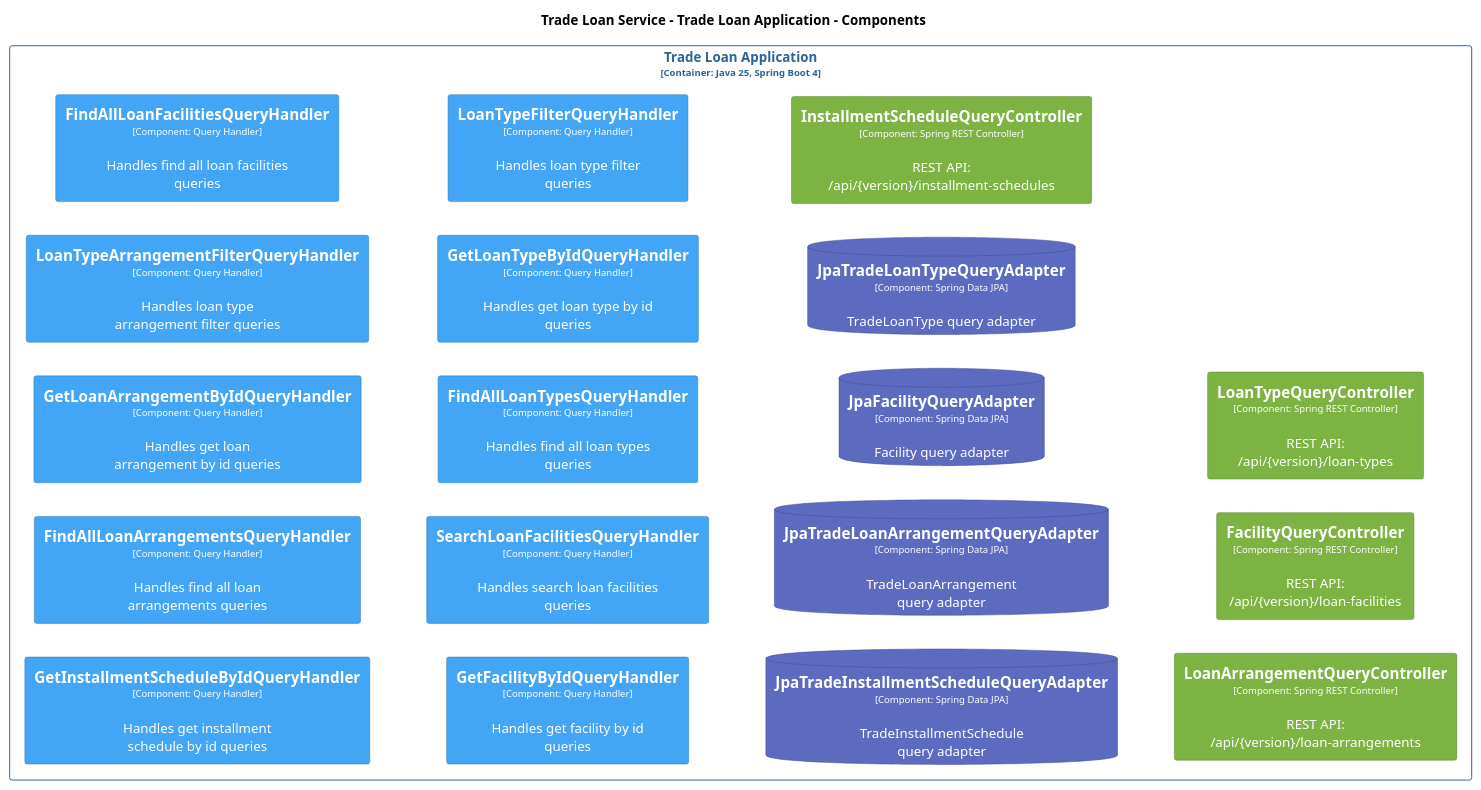
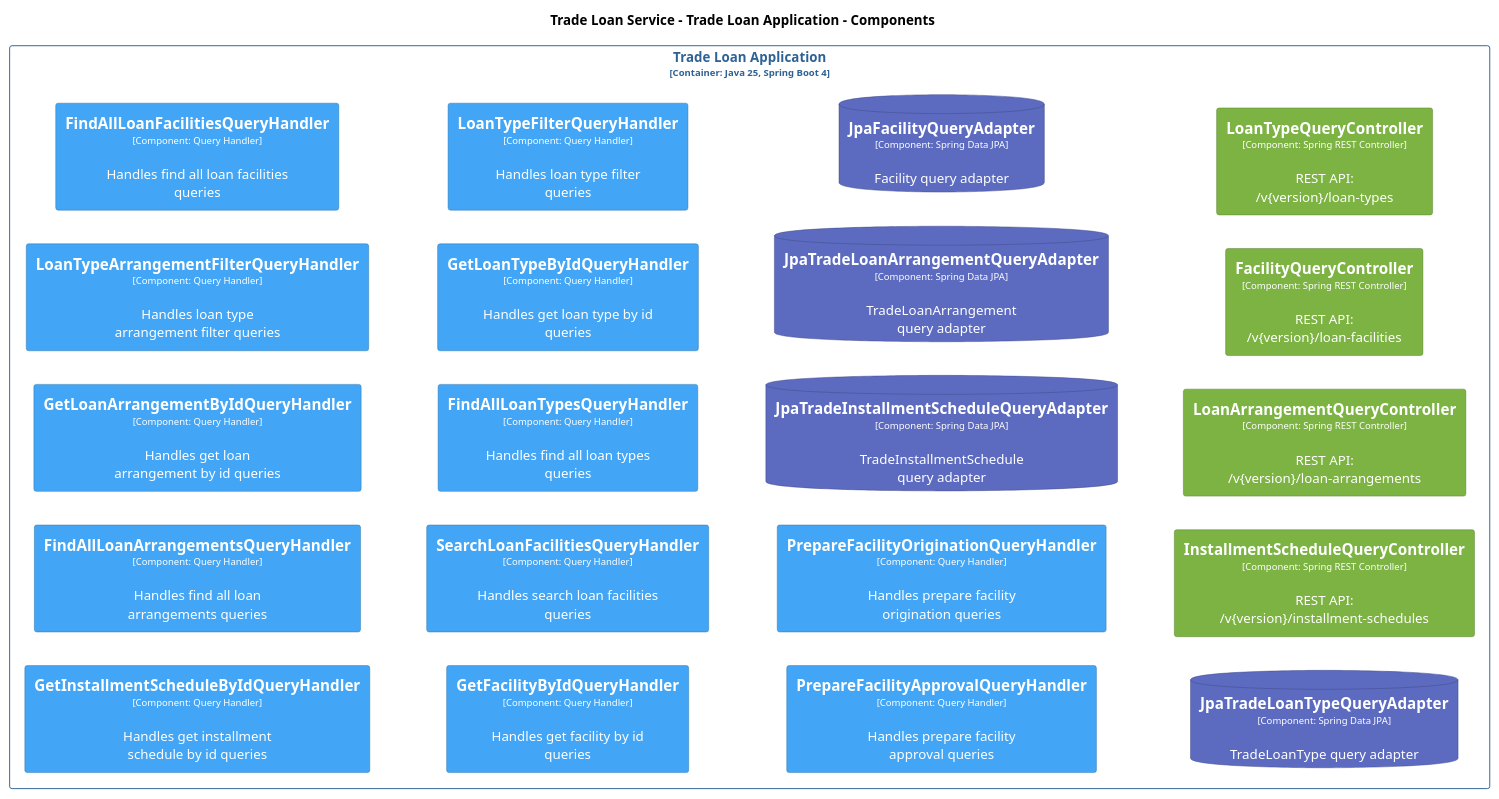
The diagram in documents/c4/plantuml/QueryFlow.puml (ghazalehjozani/nova), drawn with PlantUML before and after one commit. The commit also changed 35 other files, not shown here.

```diff
--- a/documents/c4/plantuml/QueryFlow.puml
+++ b/documents/c4/plantuml/QueryFlow.puml
@@ -1,151 +1,165 @@
 @startuml
 set separator none
 title Trade Loan Service - Trade Loan Application - Components
 
 left to right direction
 
 skinparam {
   arrowFontSize 10
   defaultTextAlignment center
   wrapWidth 200
   maxMessageSize 100
 }
 
 hide stereotype
 
 skinparam rectangle<<TradeLoanService.TradeLoanApplication.FacilityQueryController>> {
   BackgroundColor #7cb342
   FontColor #ffffff
   BorderColor #567d2e
   shadowing false
 }
 skinparam rectangle<<TradeLoanService.TradeLoanApplication.FindAllLoanArrangementsQueryHandler>> {
   BackgroundColor #42a5f5
   FontColor #ffffff
   BorderColor #2e73ab
   shadowing false
 }
 skinparam rectangle<<TradeLoanService.TradeLoanApplication.FindAllLoanFacilitiesQueryHandler>> {
   BackgroundColor #42a5f5
   FontColor #ffffff
   BorderColor #2e73ab
   shadowing false
 }
 skinparam rectangle<<TradeLoanService.TradeLoanApplication.FindAllLoanTypesQueryHandler>> {
   BackgroundColor #42a5f5
   FontColor #ffffff
   BorderColor #2e73ab
   shadowing false
 }
 skinparam rectangle<<TradeLoanService.TradeLoanApplication.GetFacilityByIdQueryHandler>> {
   BackgroundColor #42a5f5
   FontColor #ffffff
   BorderColor #2e73ab
   shadowing false
 }
 skinparam rectangle<<TradeLoanService.TradeLoanApplication.GetInstallmentScheduleByIdQueryHandler>> {
   BackgroundColor #42a5f5
   FontColor #ffffff
   BorderColor #2e73ab
   shadowing false
 }
 skinparam rectangle<<TradeLoanService.TradeLoanApplication.GetLoanArrangementByIdQueryHandler>> {
   BackgroundColor #42a5f5
   FontColor #ffffff
   BorderColor #2e73ab
   shadowing false
 }
 skinparam rectangle<<TradeLoanService.TradeLoanApplication.GetLoanTypeByIdQueryHandler>> {
   BackgroundColor #42a5f5
   FontColor #ffffff
   BorderColor #2e73ab
   shadowing false
 }
 skinparam rectangle<<TradeLoanService.TradeLoanApplication.InstallmentScheduleQueryController>> {
   BackgroundColor #7cb342
   FontColor #ffffff
   BorderColor #567d2e
   shadowing false
 }
 skinparam database<<TradeLoanService.TradeLoanApplication.JpaFacilityQueryAdapter>> {
   BackgroundColor #5c6bc0
   FontColor #ffffff
   BorderColor #404a86
   shadowing false
 }
 skinparam database<<TradeLoanService.TradeLoanApplication.JpaTradeInstallmentScheduleQueryAdapter>> {
   BackgroundColor #5c6bc0
   FontColor #ffffff
   BorderColor #404a86
   shadowing false
 }
 skinparam database<<TradeLoanService.TradeLoanApplication.JpaTradeLoanArrangementQueryAdapter>> {
   BackgroundColor #5c6bc0
   FontColor #ffffff
   BorderColor #404a86
   shadowing false
 }
 skinparam database<<TradeLoanService.TradeLoanApplication.JpaTradeLoanTypeQueryAdapter>> {
   BackgroundColor #5c6bc0
   FontColor #ffffff
   BorderColor #404a86
   shadowing false
 }
 skinparam rectangle<<TradeLoanService.TradeLoanApplication.LoanArrangementQueryController>> {
   BackgroundColor #7cb342
   FontColor #ffffff
   BorderColor #567d2e
   shadowing false
 }
 skinparam rectangle<<TradeLoanService.TradeLoanApplication.LoanTypeArrangementFilterQueryHandler>> {
   BackgroundColor #42a5f5
   FontColor #ffffff
   BorderColor #2e73ab
   shadowing false
 }
 skinparam rectangle<<TradeLoanService.TradeLoanApplication.LoanTypeFilterQueryHandler>> {
   BackgroundColor #42a5f5
   FontColor #ffffff
   BorderColor #2e73ab
   shadowing false
 }
 skinparam rectangle<<TradeLoanService.TradeLoanApplication.LoanTypeQueryController>> {
   BackgroundColor #7cb342
   FontColor #ffffff
   BorderColor #567d2e
   shadowing false
 }
+skinparam rectangle<<TradeLoanService.TradeLoanApplication.PrepareFacilityApprovalQueryHandler>> {
+  BackgroundColor #42a5f5
+  FontColor #ffffff
+  BorderColor #2e73ab
+  shadowing false
+}
+skinparam rectangle<<TradeLoanService.TradeLoanApplication.PrepareFacilityOriginationQueryHandler>> {
+  BackgroundColor #42a5f5
+  FontColor #ffffff
+  BorderColor #2e73ab
+  shadowing false
+}
 skinparam rectangle<<TradeLoanService.TradeLoanApplication.SearchLoanFacilitiesQueryHandler>> {
   BackgroundColor #42a5f5
   FontColor #ffffff
   BorderColor #2e73ab
   shadowing false
 }
 skinparam rectangle<<TradeLoanService.TradeLoanApplication>> {
   BorderColor #2e6295
   FontColor #2e6295
   shadowing false
 }
 
 rectangle "Trade Loan Application\n<size:10>[Container: Java 25, Spring Boot 4]</size>" <<TradeLoanService.TradeLoanApplication>> {
   rectangle "==GetInstallmentScheduleByIdQueryHandler\n<size:10>[Component: Query Handler]</size>\n\nHandles get installment schedule by id queries" <<TradeLoanService.TradeLoanApplication.GetInstallmentScheduleByIdQueryHandler>> as TradeLoanService.TradeLoanApplication.GetInstallmentScheduleByIdQueryHandler
   rectangle "==FindAllLoanArrangementsQueryHandler\n<size:10>[Component: Query Handler]</size>\n\nHandles find all loan arrangements queries" <<TradeLoanService.TradeLoanApplication.FindAllLoanArrangementsQueryHandler>> as TradeLoanService.TradeLoanApplication.FindAllLoanArrangementsQueryHandler
   rectangle "==GetLoanArrangementByIdQueryHandler\n<size:10>[Component: Query Handler]</size>\n\nHandles get loan arrangement by id queries" <<TradeLoanService.TradeLoanApplication.GetLoanArrangementByIdQueryHandler>> as TradeLoanService.TradeLoanApplication.GetLoanArrangementByIdQueryHandler
   rectangle "==LoanTypeArrangementFilterQueryHandler\n<size:10>[Component: Query Handler]</size>\n\nHandles loan type arrangement filter queries" <<TradeLoanService.TradeLoanApplication.LoanTypeArrangementFilterQueryHandler>> as TradeLoanService.TradeLoanApplication.LoanTypeArrangementFilterQueryHandler
   rectangle "==FindAllLoanFacilitiesQueryHandler\n<size:10>[Component: Query Handler]</size>\n\nHandles find all loan facilities queries" <<TradeLoanService.TradeLoanApplication.FindAllLoanFacilitiesQueryHandler>> as TradeLoanService.TradeLoanApplication.FindAllLoanFacilitiesQueryHandler
   rectangle "==GetFacilityByIdQueryHandler\n<size:10>[Component: Query Handler]</size>\n\nHandles get facility by id queries" <<TradeLoanService.TradeLoanApplication.GetFacilityByIdQueryHandler>> as TradeLoanService.TradeLoanApplication.GetFacilityByIdQueryHandler
   rectangle "==SearchLoanFacilitiesQueryHandler\n<size:10>[Component: Query Handler]</size>\n\nHandles search loan facilities queries" <<TradeLoanService.TradeLoanApplication.SearchLoanFacilitiesQueryHandler>> as TradeLoanService.TradeLoanApplication.SearchLoanFacilitiesQueryHandler
   rectangle "==FindAllLoanTypesQueryHandler\n<size:10>[Component: Query Handler]</size>\n\nHandles find all loan types queries" <<TradeLoanService.TradeLoanApplication.FindAllLoanTypesQueryHandler>> as TradeLoanService.TradeLoanApplication.FindAllLoanTypesQueryHandler
   rectangle "==GetLoanTypeByIdQueryHandler\n<size:10>[Component: Query Handler]</size>\n\nHandles get loan type by id queries" <<TradeLoanService.TradeLoanApplication.GetLoanTypeByIdQueryHandler>> as TradeLoanService.TradeLoanApplication.GetLoanTypeByIdQueryHandler
   rectangle "==LoanTypeFilterQueryHandler\n<size:10>[Component: Query Handler]</size>\n\nHandles loan type filter queries" <<TradeLoanService.TradeLoanApplication.LoanTypeFilterQueryHandler>> as TradeLoanService.TradeLoanApplication.LoanTypeFilterQueryHandler
+  rectangle "==PrepareFacilityApprovalQueryHandler\n<size:10>[Component: Query Handler]</size>\n\nHandles prepare facility approval queries" <<TradeLoanService.TradeLoanApplication.PrepareFacilityApprovalQueryHandler>> as TradeLoanService.TradeLoanApplication.PrepareFacilityApprovalQueryHandler
+  rectangle "==PrepareFacilityOriginationQueryHandler\n<size:10>[Component: Query Handler]</size>\n\nHandles prepare facility origination queries" <<TradeLoanService.TradeLoanApplication.PrepareFacilityOriginationQueryHandler>> as TradeLoanService.TradeLoanApplication.PrepareFacilityOriginationQueryHandler
   database "==JpaTradeInstallmentScheduleQueryAdapter\n<size:10>[Component: Spring Data JPA]</size>\n\nTradeInstallmentSchedule query adapter" <<TradeLoanService.TradeLoanApplication.JpaTradeInstallmentScheduleQueryAdapter>> as TradeLoanService.TradeLoanApplication.JpaTradeInstallmentScheduleQueryAdapter
   database "==JpaTradeLoanArrangementQueryAdapter\n<size:10>[Component: Spring Data JPA]</size>\n\nTradeLoanArrangement query adapter" <<TradeLoanService.TradeLoanApplication.JpaTradeLoanArrangementQueryAdapter>> as TradeLoanService.TradeLoanApplication.JpaTradeLoanArrangementQueryAdapter
   database "==JpaFacilityQueryAdapter\n<size:10>[Component: Spring Data JPA]</size>\n\nFacility query adapter" <<TradeLoanService.TradeLoanApplication.JpaFacilityQueryAdapter>> as TradeLoanService.TradeLoanApplication.JpaFacilityQueryAdapter
   database "==JpaTradeLoanTypeQueryAdapter\n<size:10>[Component: Spring Data JPA]</size>\n\nTradeLoanType query adapter" <<TradeLoanService.TradeLoanApplication.JpaTradeLoanTypeQueryAdapter>> as TradeLoanService.TradeLoanApplication.JpaTradeLoanTypeQueryAdapter
-  rectangle "==InstallmentScheduleQueryController\n<size:10>[Component: Spring REST Controller]</size>\n\nREST API: /api/{version}/installment-schedules" <<TradeLoanService.TradeLoanApplication.InstallmentScheduleQueryController>> as TradeLoanService.TradeLoanApplication.InstallmentScheduleQueryController
-  rectangle "==LoanArrangementQueryController\n<size:10>[Component: Spring REST Controller]</size>\n\nREST API: /api/{version}/loan-arrangements" <<TradeLoanService.TradeLoanApplication.LoanArrangementQueryController>> as TradeLoanService.TradeLoanApplication.LoanArrangementQueryController
-  rectangle "==FacilityQueryController\n<size:10>[Component: Spring REST Controller]</size>\n\nREST API: /api/{version}/loan-facilities" <<TradeLoanService.TradeLoanApplication.FacilityQueryController>> as TradeLoanService.TradeLoanApplication.FacilityQueryController
-  rectangle "==LoanTypeQueryController\n<size:10>[Component: Spring REST Controller]</size>\n\nREST API: /api/{version}/loan-types" <<TradeLoanService.TradeLoanApplication.LoanTypeQueryController>> as TradeLoanService.TradeLoanApplication.LoanTypeQueryController
+  rectangle "==InstallmentScheduleQueryController\n<size:10>[Component: Spring REST Controller]</size>\n\nREST API: /v{version}/installment-schedules" <<TradeLoanService.TradeLoanApplication.InstallmentScheduleQueryController>> as TradeLoanService.TradeLoanApplication.InstallmentScheduleQueryController
+  rectangle "==LoanArrangementQueryController\n<size:10>[Component: Spring REST Controller]</size>\n\nREST API: /v{version}/loan-arrangements" <<TradeLoanService.TradeLoanApplication.LoanArrangementQueryController>> as TradeLoanService.TradeLoanApplication.LoanArrangementQueryController
+  rectangle "==FacilityQueryController\n<size:10>[Component: Spring REST Controller]</size>\n\nREST API: /v{version}/loan-facilities" <<TradeLoanService.TradeLoanApplication.FacilityQueryController>> as TradeLoanService.TradeLoanApplication.FacilityQueryController
+  rectangle "==LoanTypeQueryController\n<size:10>[Component: Spring REST Controller]</size>\n\nREST API: /v{version}/loan-types" <<TradeLoanService.TradeLoanApplication.LoanTypeQueryController>> as TradeLoanService.TradeLoanApplication.LoanTypeQueryController
 }
 
 @enduml
```
